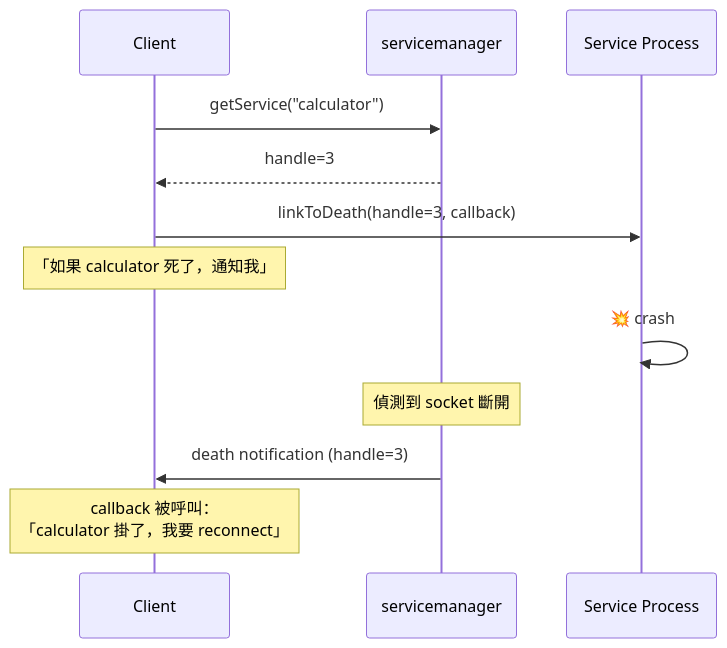
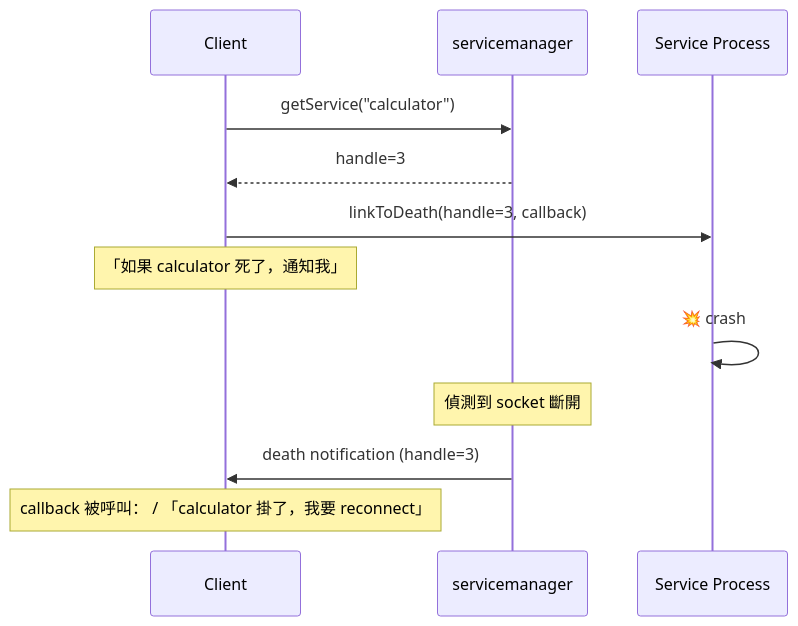
Before and after one commit to Owen771/mini-AOSP: diagram 11 of 26 in docs/learning-guide.md, drawn with Mermaid. The commit also changed other lines of this file and 34 other files, not shown here.

````diff
--- a/docs/learning-guide.md
+++ b/docs/learning-guide.md
@@ -1164,18 +1174,18 @@
 ```mermaid
 sequenceDiagram
-    participant C as Client
-    participant SM as servicemanager
-    participant S as Service Process
+ participant C as Client
+ participant SM as servicemanager
+ participant S as Service Process
 
-    C->>SM: getService("calculator")
-    SM-->>C: handle=3
+ C->>SM: getService("calculator")
+ SM-->>C: handle=3
 
-    C->>S: linkToDeath(handle=3, callback)
-    Note over C: 「如果 calculator 死了，通知我」
+ C->>S: linkToDeath(handle=3, callback)
+ Note over C: 「如果 calculator 死了，通知我」
 
-    S->>S: 💥 crash
+ S->>S: 💥 crash
 
-    Note over SM: 偵測到 socket 斷開
-    SM->>C: death notification (handle=3)
-    Note over C: callback 被呼叫：<br/>「calculator 掛了，我要 reconnect」
+ Note over SM: 偵測到 socket 斷開
+ SM->>C: death notification (handle=3)
+ Note over C: callback 被呼叫： / 「calculator 掛了，我要 reconnect」
 ```
````
